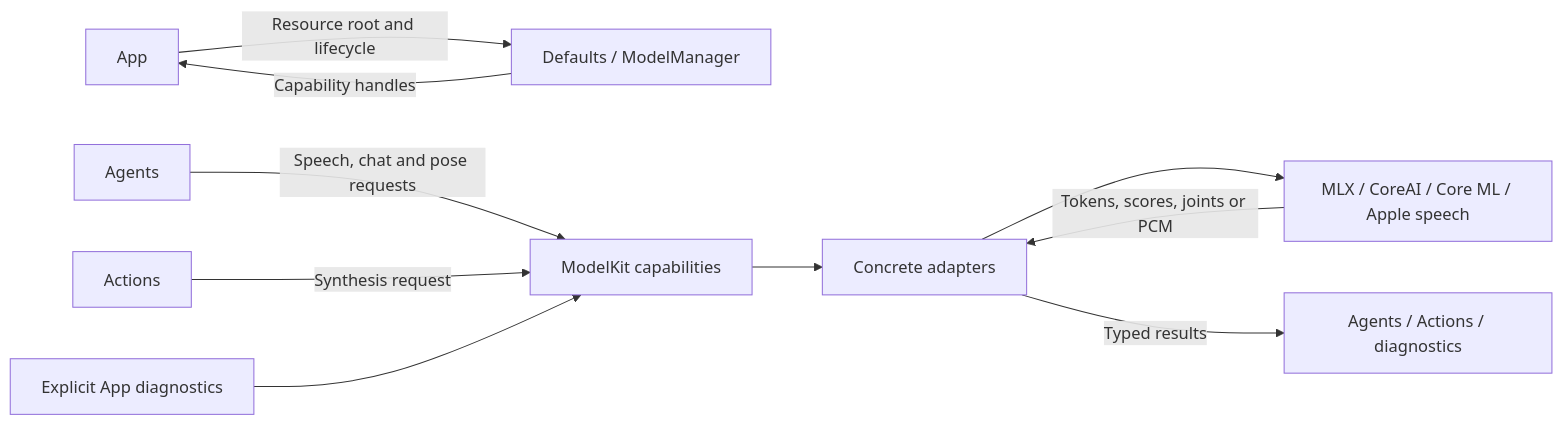
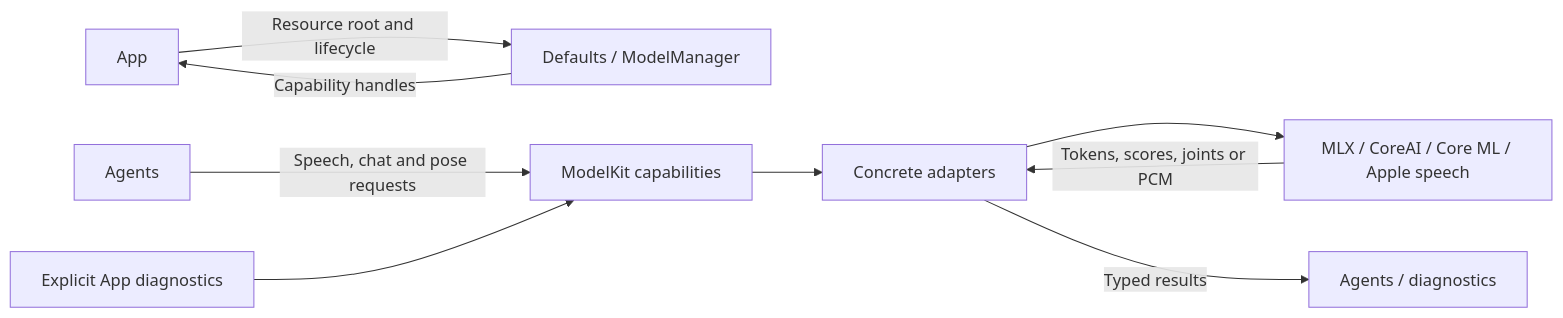
One commit to devilyouwei/MobileHarness changed the first of 3 diagrams in MobileHarness/ModelKit/README.md. Above: the diagram before and after it, drawn with Mermaid. The commit also changed other lines of this file and 132 other files, not shown here.

````diff
--- a/MobileHarness/ModelKit/README.md
+++ b/MobileHarness/ModelKit/README.md
@@ -31,12 +31,11 @@
 ```mermaid
 flowchart LR
     App -->|Resource root and lifecycle| Assembly[Defaults / ModelManager]
     Assembly -->|Capability handles| App
     Agents -->|Speech, chat and pose requests| Capabilities[ModelKit capabilities]
-    Actions -->|Synthesis request| Capabilities
     Diagnostics[Explicit App diagnostics] --> Capabilities
     Capabilities --> Adapters[Concrete adapters]
     Adapters --> Engines[MLX / CoreAI / Core ML / Apple speech]
     Engines -->|Tokens, scores, joints or PCM| Adapters
-    Adapters -->|Typed results| Consumers[Agents / Actions / diagnostics]
+    Adapters -->|Typed results| Consumers[Agents / diagnostics]
 ```
````
